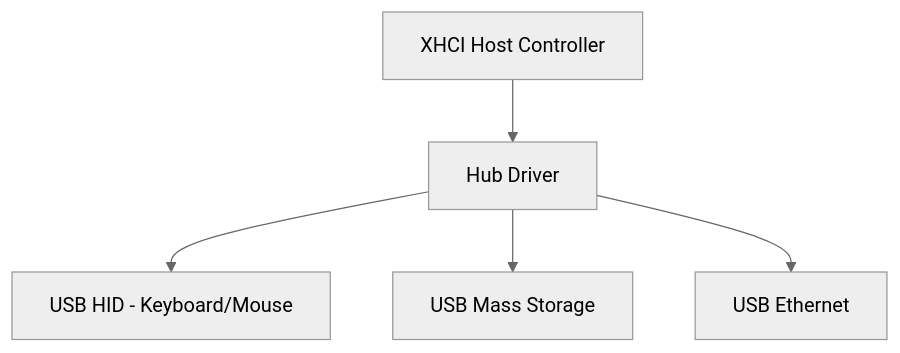
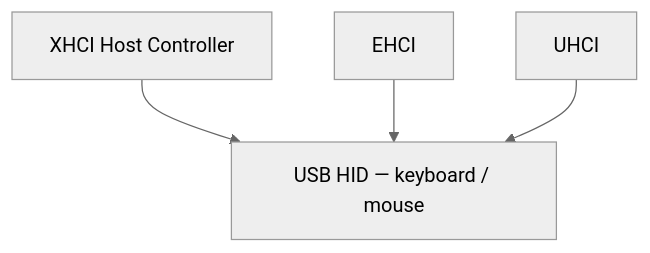
Before and after one commit to ggielly/strat9-os: the second of 3 diagrams in docs-site/src/driver-model.md, drawn with Mermaid (neutral theme). The commit also changed other lines of this file and 70 other files, not shown here.

````diff
--- a/docs-site/src/driver-model.md
+++ b/docs-site/src/driver-model.md
@@ -153,7 +189,11 @@
 ```mermaid
 graph TD
-    XHCI[XHCI Host Controller] --> HUB[Hub Driver]
-    HUB --> HID[USB HID - Keyboard/Mouse]
-    HUB --> MASS[USB Mass Storage]
-    HUB --> NET[USB Ethernet]
+    XHCI[XHCI Host Controller]
+    EHCI[EHCI]
+    UHCI[UHCI]
+    HID[USB HID — keyboard / mouse]
+
+    XHCI --> HID
+    EHCI --> HID
+    UHCI --> HID
 ```
````
